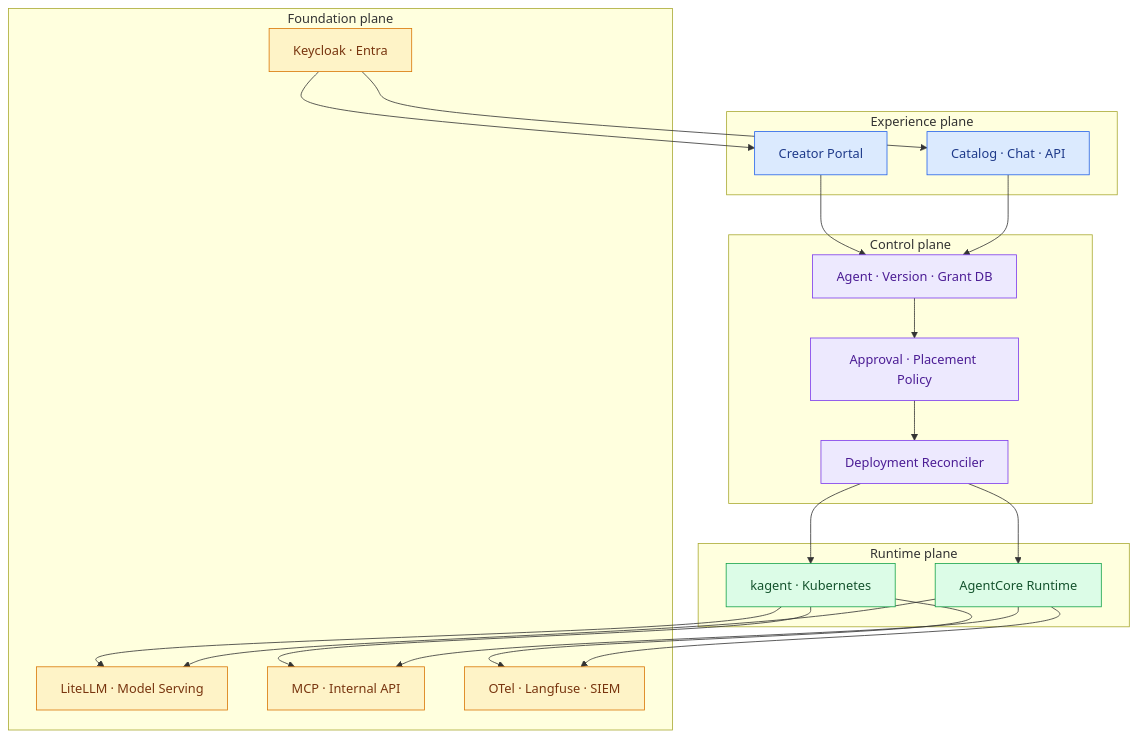
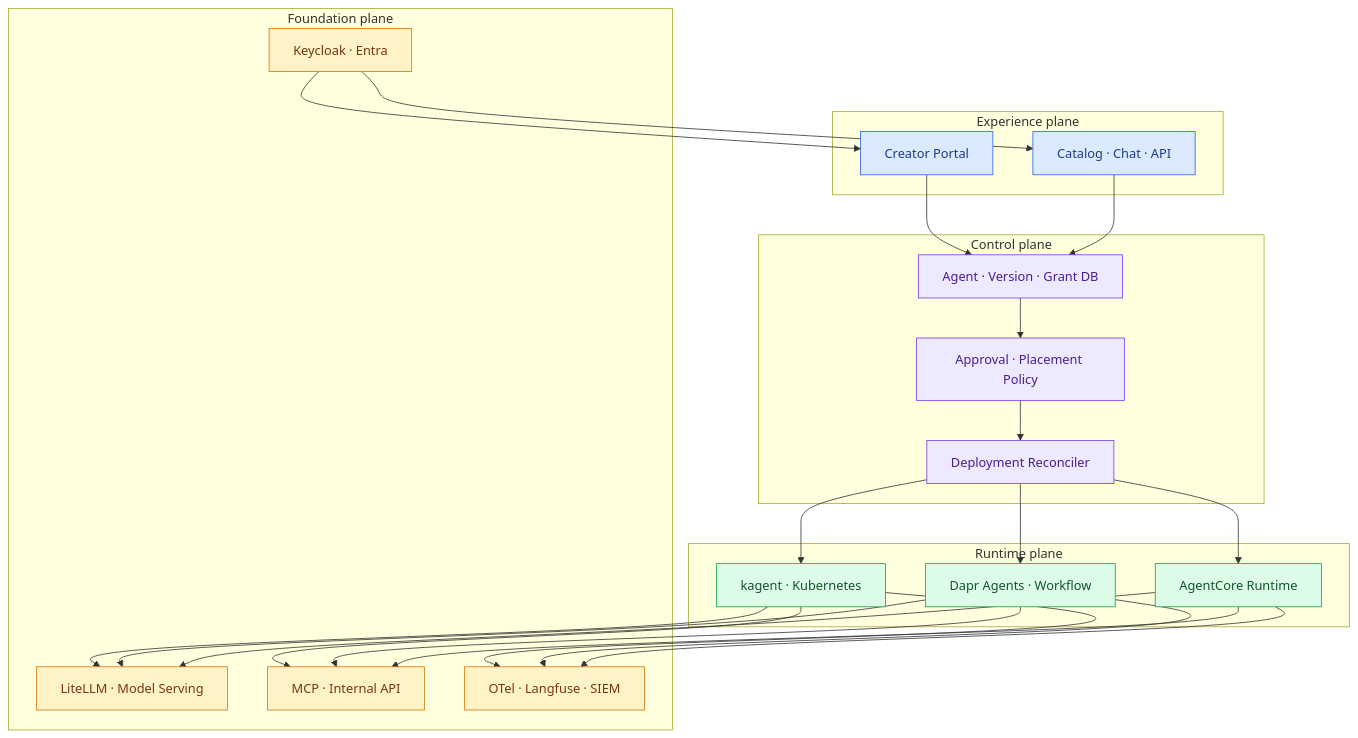
The first of 2 diagrams in src/content/docs/agent-platform/01-planes.mdx (mechurak/study-starlight), drawn with Mermaid before and after one commit. The commit also changed other lines of this file and 24 other files, not shown here.

````diff
--- a/src/content/docs/agent-platform/01-planes.mdx
+++ b/src/content/docs/agent-platform/01-planes.mdx
@@ -21,45 +21,50 @@
 ```mermaid
 flowchart TB
     subgraph exp["Experience plane"]
         CREATOR["Creator Portal"]
         MARKET["Catalog · Chat · API"]
     end
     subgraph ctrl["Control plane"]
         CATALOG["Agent · Version · Grant DB"]
         POLICY["Approval · Placement Policy"]
         RECON["Deployment Reconciler"]
     end
     subgraph run["Runtime plane"]
         KAG["kagent · Kubernetes"]
+        DAPR["Dapr Agents · Workflow"]
         ACR["AgentCore Runtime"]
     end
     subgraph base["Foundation plane"]
         IDP["Keycloak · Entra"]
         MODEL["LiteLLM · Model Serving"]
         TOOLS["MCP · Internal API"]
         OBS["OTel · Langfuse · SIEM"]
     end
 
     CREATOR --> CATALOG
     MARKET --> CATALOG
     CATALOG --> POLICY --> RECON
     RECON --> KAG
+    RECON --> DAPR
     RECON --> ACR
     IDP --> CREATOR
     IDP --> MARKET
     KAG --> MODEL
+    DAPR --> MODEL
     ACR --> MODEL
     KAG --> TOOLS
+    DAPR --> TOOLS
     ACR --> TOOLS
     KAG --> OBS
+    DAPR --> OBS
     ACR --> OBS
 
     classDef key fill:#dbeafe,stroke:#2563eb,color:#1e3a8a
     classDef zone fill:#ede9fe,stroke:#7c3aed,color:#4c1d95
     classDef ok fill:#dcfce7,stroke:#16a34a,color:#14532d
     classDef warn fill:#fef3c7,stroke:#d97706,color:#78350f
     class CREATOR,MARKET key
     class CATALOG,POLICY,RECON zone
-    class KAG,ACR ok
+    class KAG,DAPR,ACR ok
     class IDP,MODEL,TOOLS,OBS warn
 ```
````
